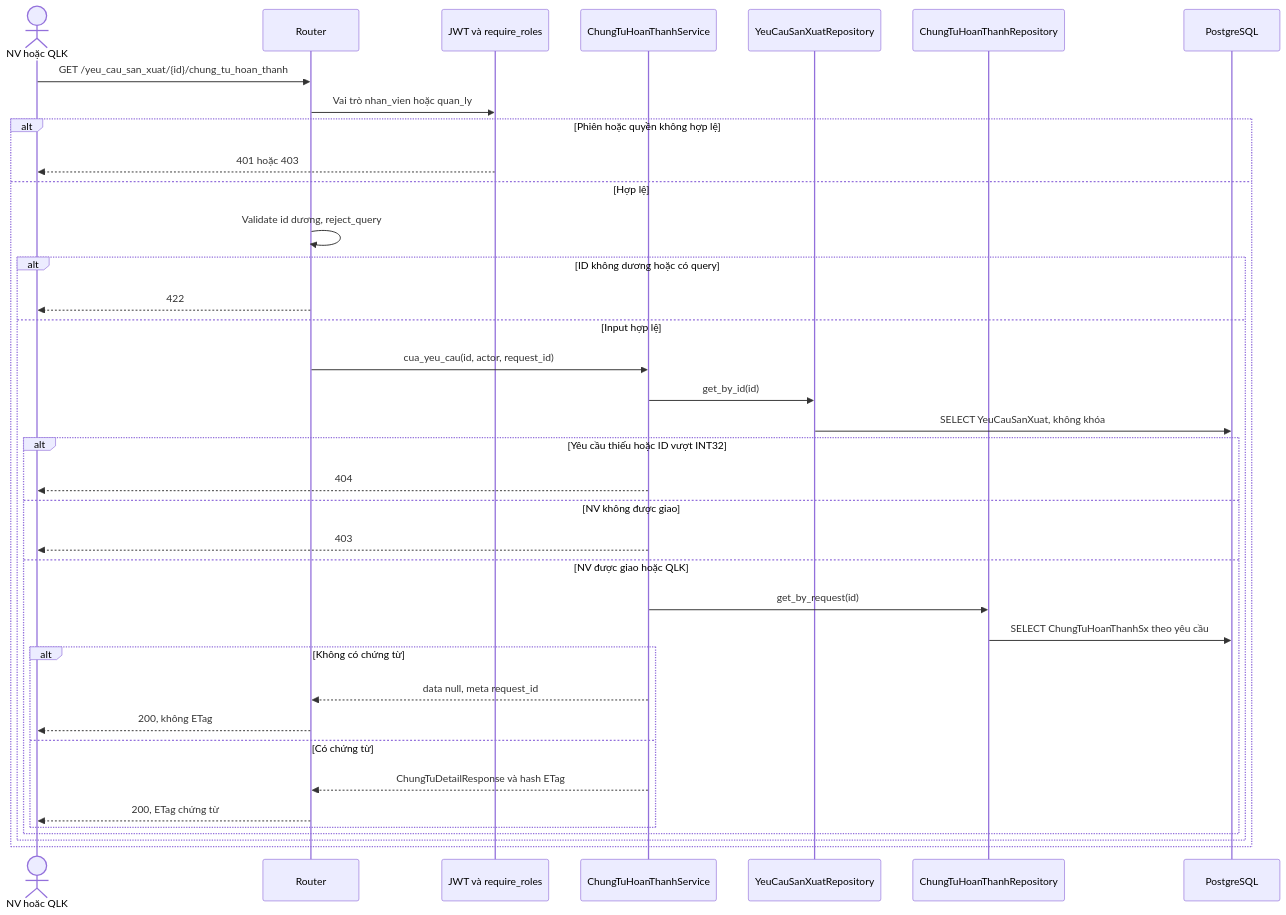
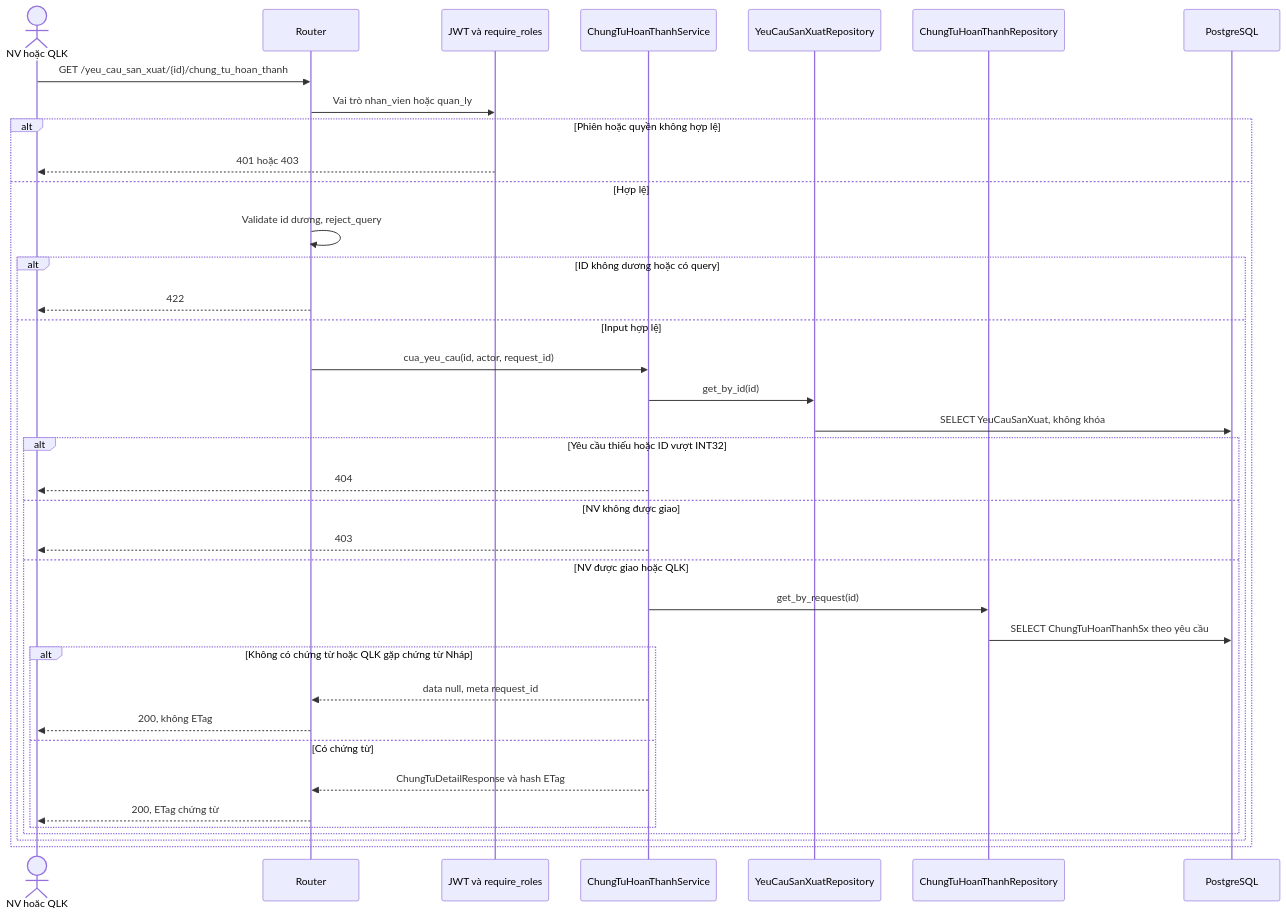
Diagram 16 of 19 in docs/sequence/san_xuat.md (thanhklt/xbike-mrp-system), drawn with Mermaid before and after one commit. The commit also changed other lines of this file and 17 other files, not shown here.

````diff
--- a/docs/sequence/san_xuat.md
+++ b/docs/sequence/san_xuat.md
@@ -913,39 +982,39 @@
 ```mermaid
 sequenceDiagram
     actor U as NV hoặc QLK
     participant API as Router
     participant Auth as JWT và require_roles
     participant S as ChungTuHoanThanhService
     participant R as YeuCauSanXuatRepository
     participant C as ChungTuHoanThanhRepository
     participant DB as PostgreSQL
     U->>API: GET /yeu_cau_san_xuat/{id}/chung_tu_hoan_thanh
     API->>Auth: Vai trò nhan_vien hoặc quan_ly
     alt Phiên hoặc quyền không hợp lệ
         Auth-->>U: 401 hoặc 403
     else Hợp lệ
         API->>API: Validate id dương, reject_query
         alt ID không dương hoặc có query
             API-->>U: 422
         else Input hợp lệ
             API->>S: cua_yeu_cau(id, actor, request_id)
             S->>R: get_by_id(id)
             R->>DB: SELECT YeuCauSanXuat, không khóa
             alt Yêu cầu thiếu hoặc ID vượt INT32
                 S-->>U: 404
             else NV không được giao
                 S-->>U: 403
             else NV được giao hoặc QLK
                 S->>C: get_by_request(id)
                 C->>DB: SELECT ChungTuHoanThanhSx theo yêu cầu
-                alt Không có chứng từ
+                alt Không có chứng từ hoặc QLK gặp chứng từ Nháp
                     S-->>API: data null, meta request_id
                     API-->>U: 200, không ETag
                 else Có chứng từ
                     S-->>API: ChungTuDetailResponse và hash ETag
                     API-->>U: 200, ETag chứng từ
                 end
             end
         end
     end
 ```
````
